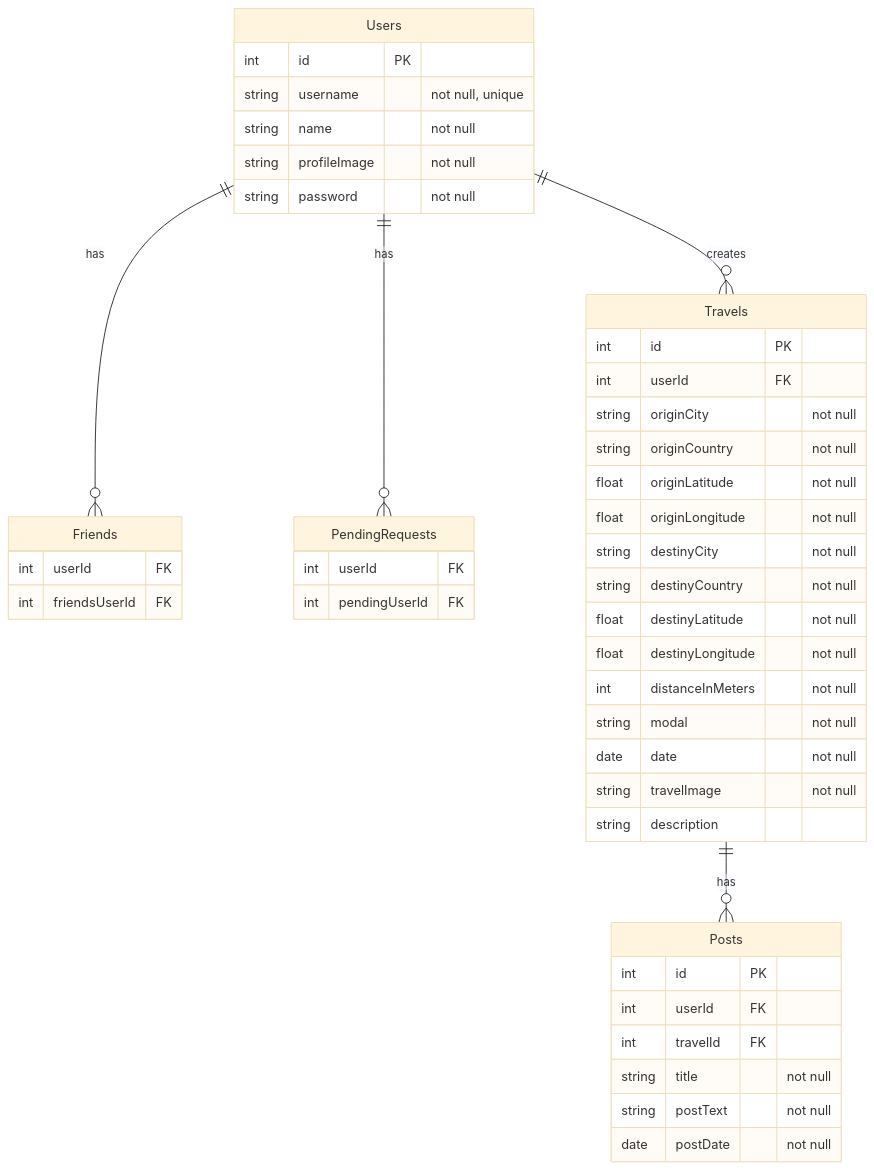
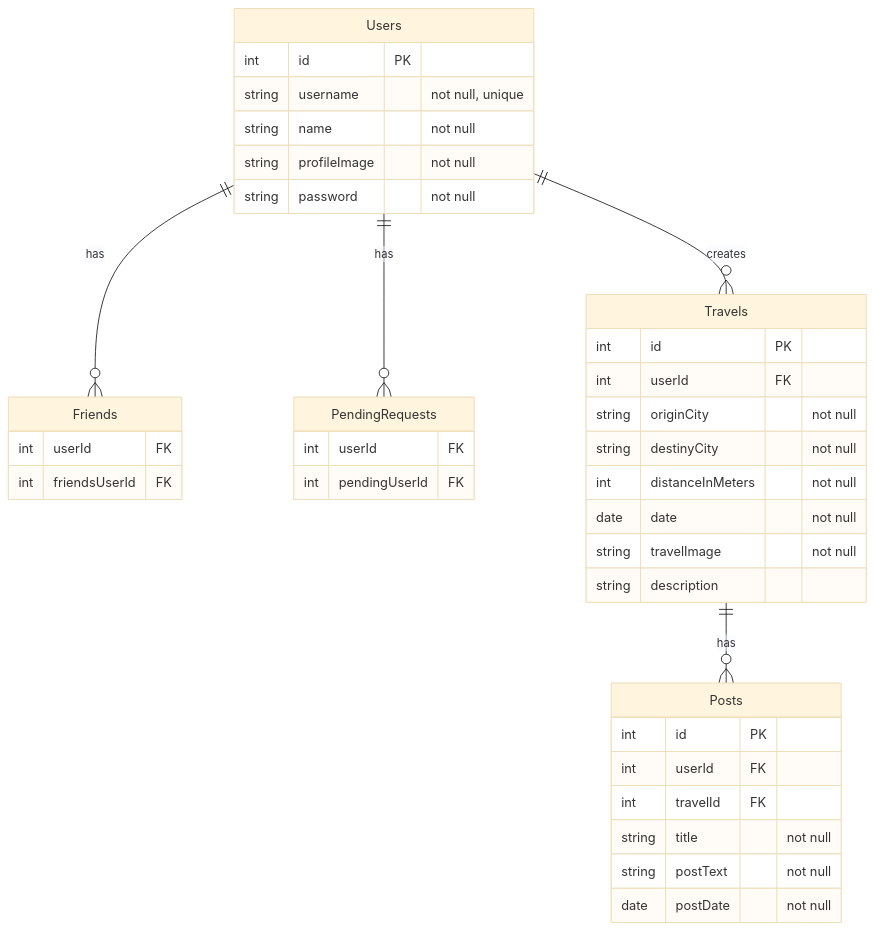
The diagram in erdDatabase.mermaid (melissareboucas/diario-de-bordo-mobile), drawn with Mermaid (base theme) before and after one commit. The commit also changed 11 other files, not shown here.

```diff
--- a/erdDatabase.mermaid
+++ b/erdDatabase.mermaid
@@ -1,50 +1,43 @@
 erDiagram
     Users ||--o{ Friends : has
     Users ||--o{ PendingRequests : has
     Users ||--o{ Travels : creates
     Travels ||--o{ Posts : has
 
     Users {
         int id PK
         string username "not null, unique"
         string name "not null"
         string profileImage "not null"
         string password "not null"
     }
 
     Friends {
         int userId FK
         int friendsUserId FK
     }
 
     PendingRequests {
         int userId FK
         int pendingUserId FK
     }
 
     Travels {
         int id PK
         int userId FK
         string originCity "not null"
-        string originCountry "not null"
-        float originLatitude "not null"
-        float originLongitude "not null"
         string destinyCity "not null"
-        string destinyCountry "not null"
-        float destinyLatitude "not null"
-        float destinyLongitude "not null"
         int distanceInMeters "not null"
-        string modal "not null"
         date date "not null"
         string travelImage "not null"
         string description
     }
 
     Posts {
         int id PK
         int userId FK
         int travelId FK
         string title "not null"
         string postText "not null"
         date postDate "not null"
     }
```
